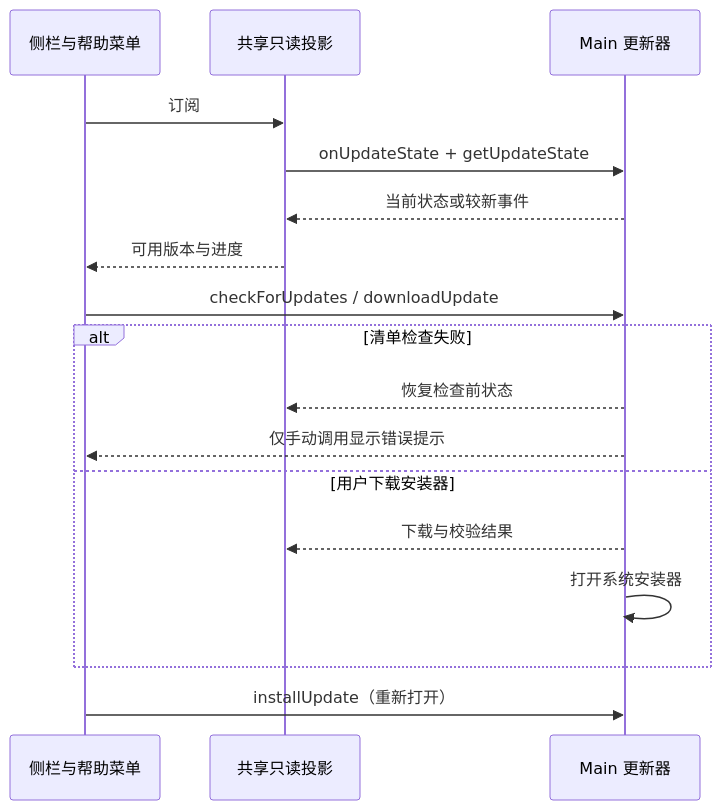
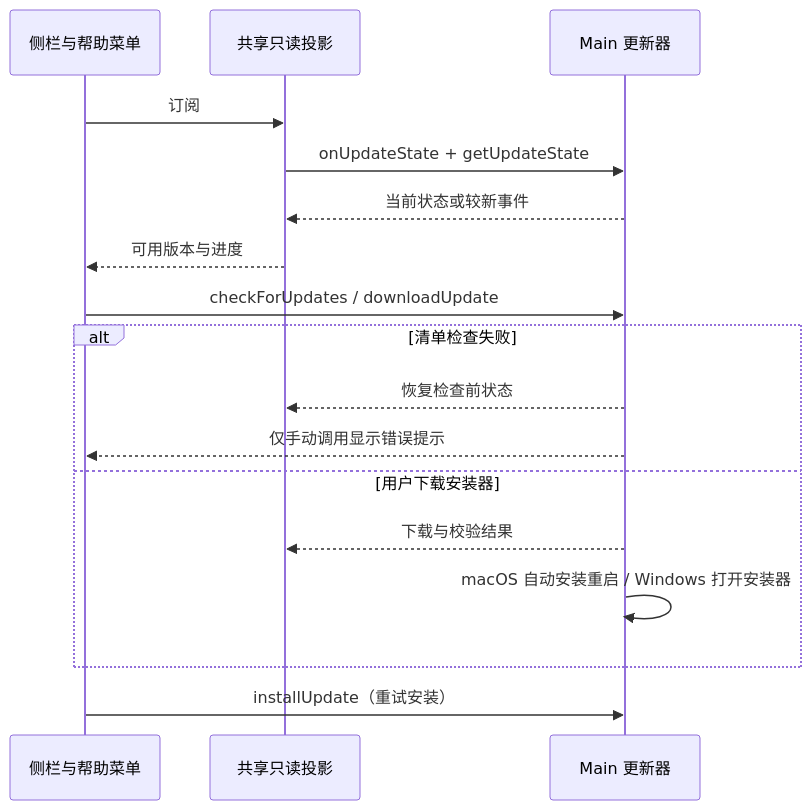
Before and after one commit to OpenX123/ZCode: the diagram in docs/desktop/github-desktop-update-ui-spec.md, drawn with Mermaid. The commit also changed other lines of this file and 14 other files, not shown here.

````diff
--- a/docs/desktop/github-desktop-update-ui-spec.md
+++ b/docs/desktop/github-desktop-update-ui-spec.md
@@ -19,19 +19,19 @@
 ```mermaid
 sequenceDiagram
     participant UI as 侧栏与帮助菜单
     participant Hook as 共享只读投影
     participant Main as Main 更新器
     UI->>Hook: 订阅
     Hook->>Main: onUpdateState + getUpdateState
     Main-->>Hook: 当前状态或较新事件
     Hook-->>UI: 可用版本与进度
     UI->>Main: checkForUpdates / downloadUpdate
     alt 清单检查失败
         Main-->>Hook: 恢复检查前状态
         Main-->>UI: 仅手动调用显示错误提示
     else 用户下载安装器
         Main-->>Hook: 下载与校验结果
-        Main->>Main: 打开系统安装器
+        Main->>Main: macOS 自动安装重启 / Windows 打开安装器
     end
-    UI->>Main: installUpdate（重新打开）
+    UI->>Main: installUpdate（重试安装）
 ```
````
